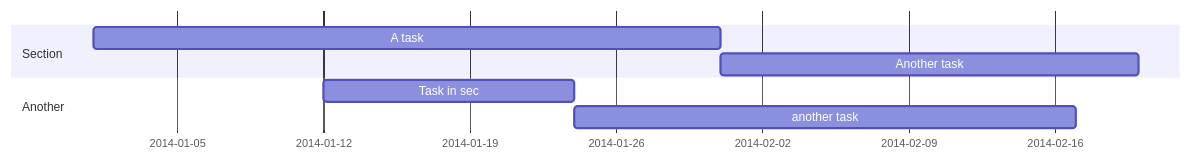
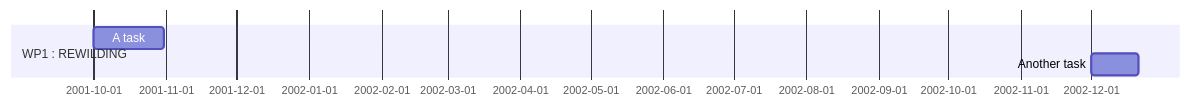
The diagram in content/deliverables/index.md (REWILD-FIRE/rewild_fire_website), drawn with Mermaid before and after one commit.

Commit message:
Update index.md
A test to adapt the gant graph to our project

````diff
--- a/content/deliverables/index.md
+++ b/content/deliverables/index.md
@@ -13,10 +13,7 @@
 ```mermaid
 gantt
-  dateFormat  YYYY-MM-DD
-  section Section
-  A task           :a1, 2014-01-01, 30d
-  Another task     :after a1  , 20d
-  section Another
-  Task in sec      :2014-01-12  , 12d
-  another task      : 24d
+  dateFormat  YY-MM
+  section WP1 : REWILDING
+  A task           :a1, 01-10, 30d
+  Another task     :after a1, 02-12, 20d
 ```
````
